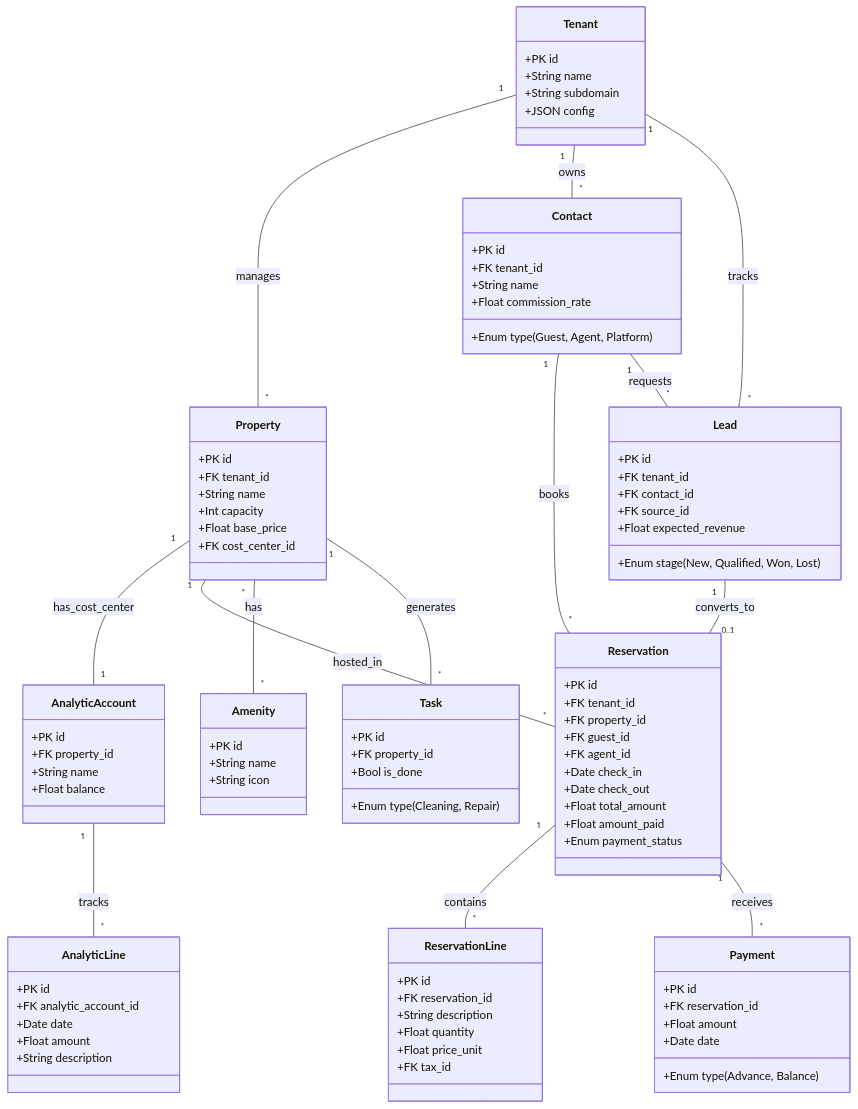
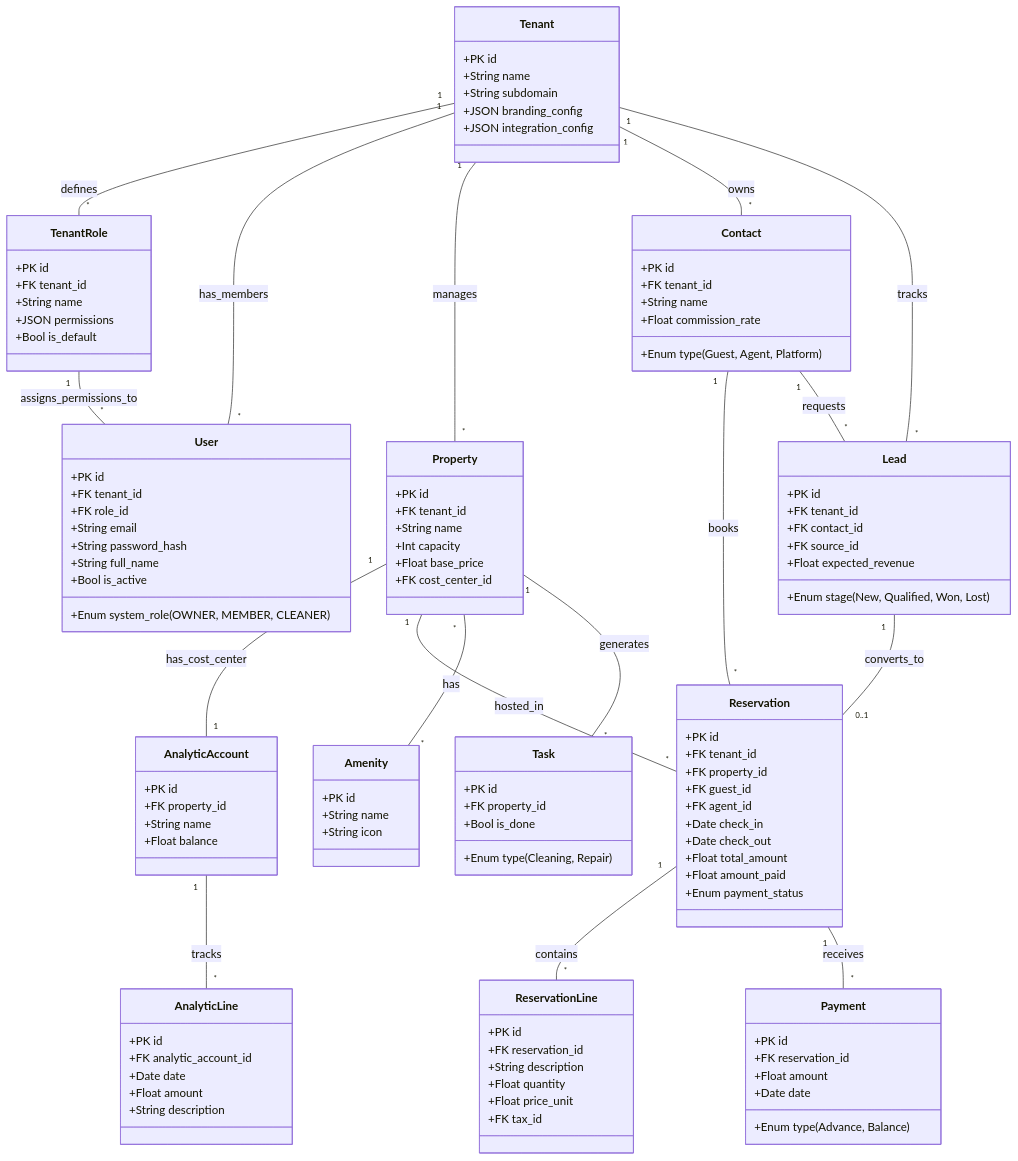
One commit to Jd-GT/demo-airbnb changed the first of 2 diagrams in docs/ai/ARQUITECTURA_TABLAS.md. Above: the diagram before and after it, drawn with Mermaid. The commit also changed other lines of this file and 3 other files, not shown here.

```diff
--- a/docs/ai/ARQUITECTURA_TABLAS.md
+++ b/docs/ai/ARQUITECTURA_TABLAS.md
@@ -51,7 +56,27 @@
         +PK id
         +String name
         +String subdomain
-        +JSON config
+        +JSON branding_config
+        +JSON integration_config
+    }
+
+    class TenantRole {
+        +PK id
+        +FK tenant_id
+        +String name
+        +JSON permissions
+        +Bool is_default
+    }
+
+    class User {
+        +PK id
+        +FK tenant_id
+        +FK role_id
+        +String email
+        +String password_hash
+        +String full_name
+        +Enum system_role (OWNER, MEMBER, CLEANER)
+        +Bool is_active
     }
 
     %% Core Data
@@ -140,7 +165,12 @@
         +Bool is_done
     }
 
-    %% Relationships
+    %% Relationships - SaaS / IAM
+    Tenant "1" -- "*" TenantRole : defines
+    Tenant "1" -- "*" User : has_members
+    TenantRole "1" -- "*" User : assigns_permissions_to
+
+    %% Relationships - Business
     Tenant "1" -- "*" Property : manages
     Tenant "1" -- "*" Contact : owns
     Tenant "1" -- "*" Lead : tracks
```
